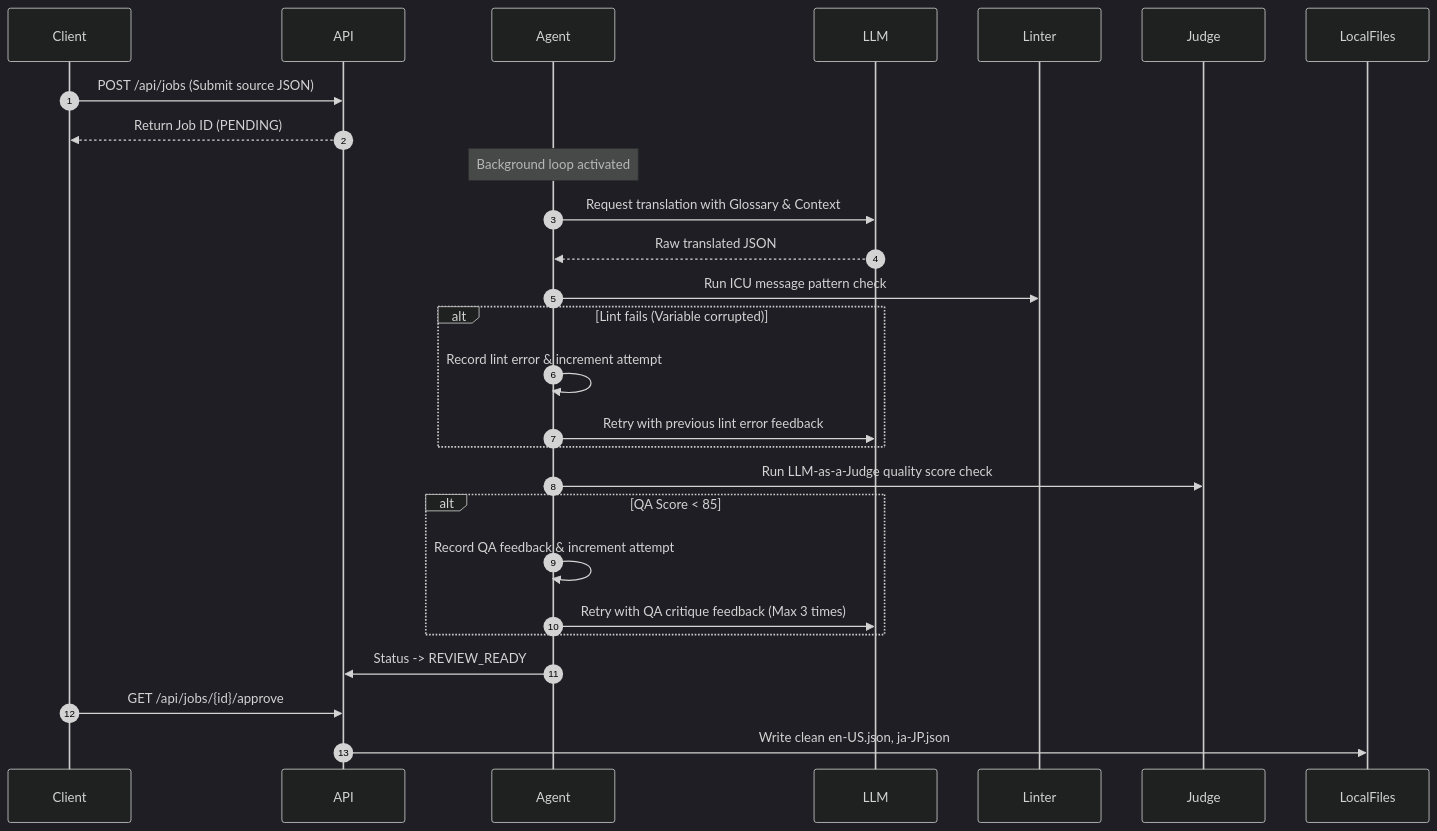
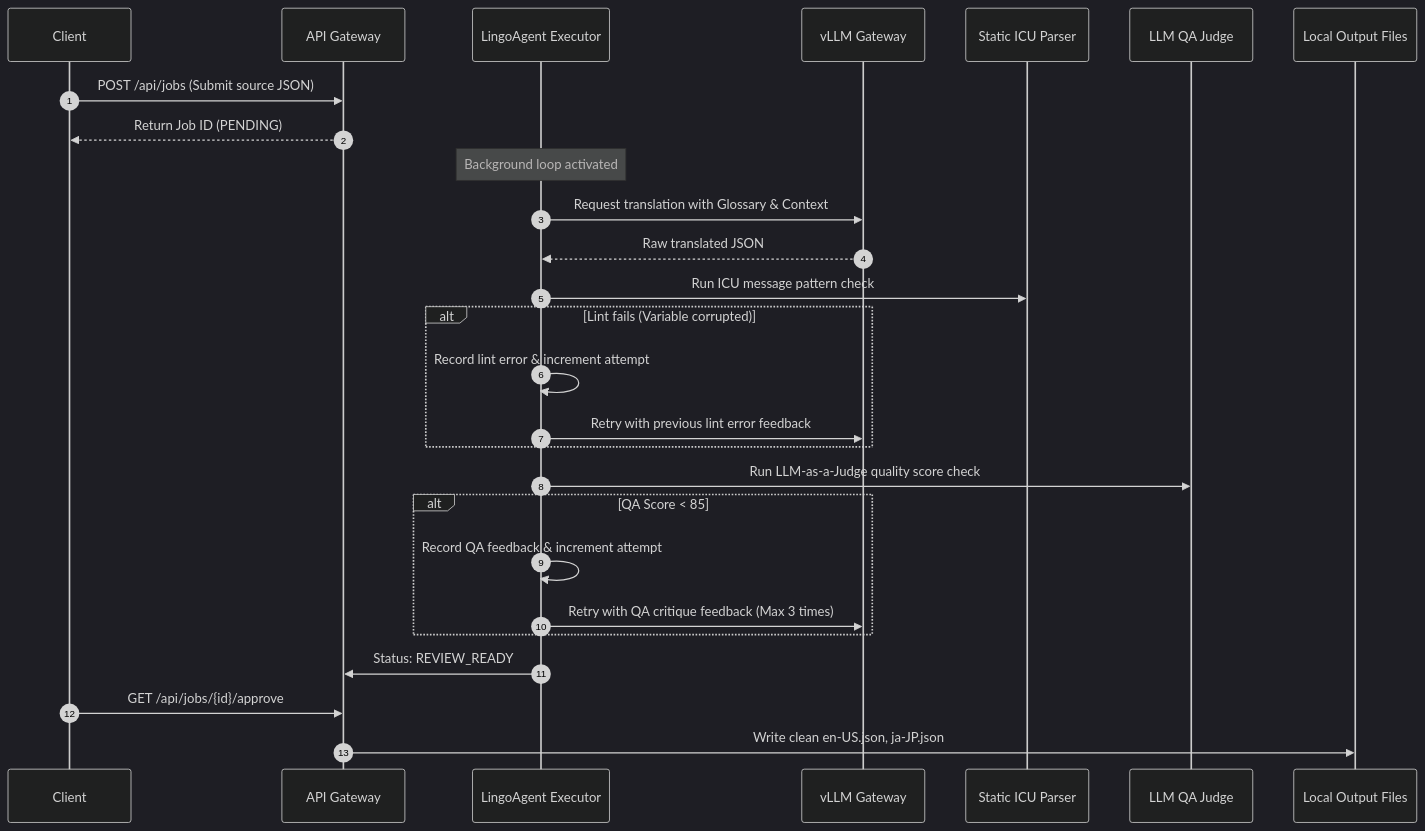
Before and after one commit to devcy0922/devcy0922.github.io: the second of 2 diagrams in docs/projects/lingo-agent.md, drawn with Mermaid (dark theme). The commit also changed 49 other files, not shown here.

Commit message:
fix: remove image config, improve hero text style, and fix mermaid sequenceDiagram syntax

````diff
--- a/docs/projects/lingo-agent.md
+++ b/docs/projects/lingo-agent.md
@@ -48,22 +48,30 @@
 ```mermaid
 sequenceDiagram
     autonumber
+    participant Client as Client
+    participant API as API Gateway
+    participant Agent as LingoAgent Executor
+    participant LLM as vLLM Gateway
+    participant Linter as Static ICU Parser
+    participant Judge as LLM QA Judge
+    participant LocalFiles as Local Output Files
+
     Client->>API: POST /api/jobs (Submit source JSON)
     API-->>Client: Return Job ID (PENDING)
     Note over Agent: Background loop activated
     Agent->>LLM: Request translation with Glossary & Context
     LLM-->>Agent: Raw translated JSON
     Agent->>Linter: Run ICU message pattern check
     alt Lint fails (Variable corrupted)
         Agent->>Agent: Record lint error & increment attempt
         Agent->>LLM: Retry with previous lint error feedback
     end
     Agent->>Judge: Run LLM-as-a-Judge quality score check
     alt QA Score < 85
         Agent->>Agent: Record QA feedback & increment attempt
         Agent->>LLM: Retry with QA critique feedback (Max 3 times)
     end
-    Agent->>API: Status -> REVIEW_READY
+    Agent->>API: Status: REVIEW_READY
     Client->>API: GET /api/jobs/{id}/approve
     API->>LocalFiles: Write clean en-US.json, ja-JP.json
 ```
````
